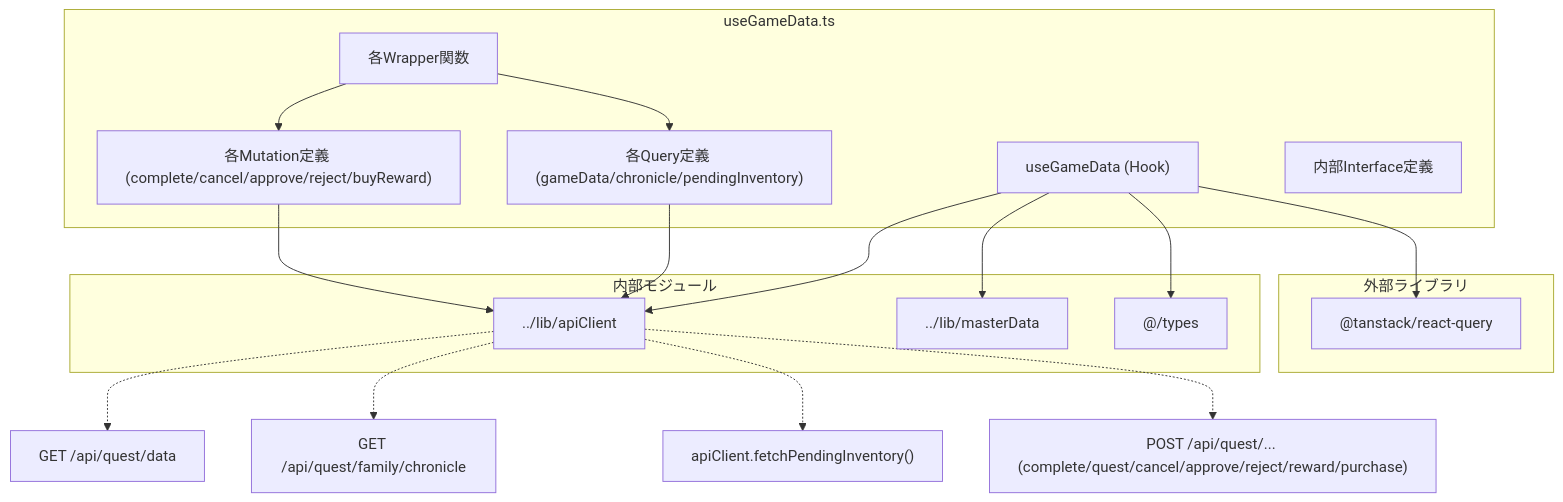
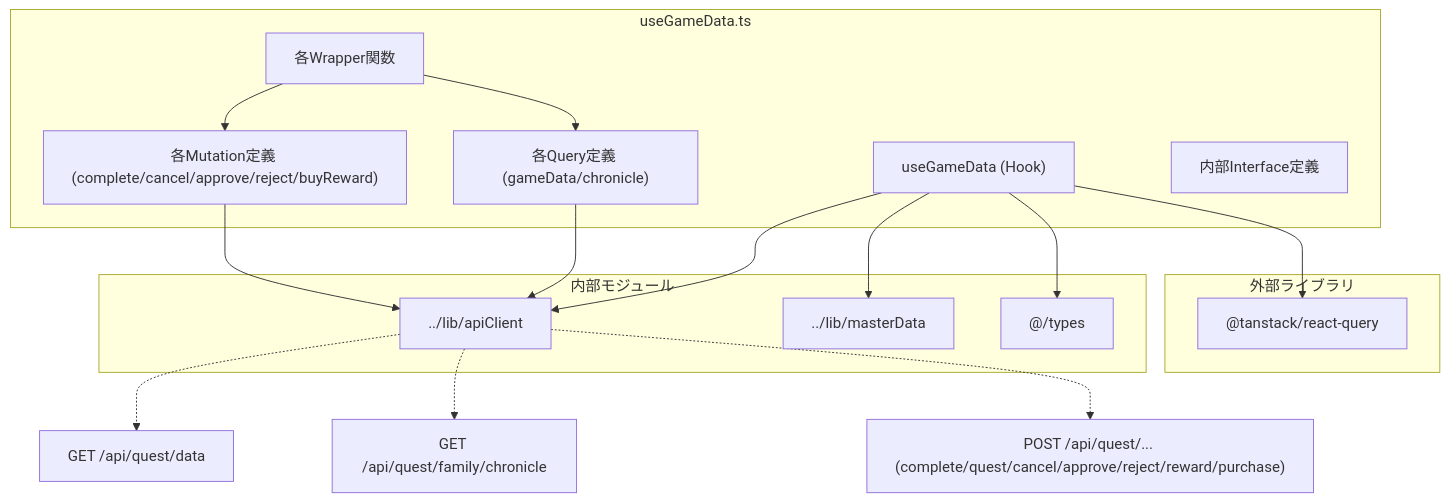
Before and after one commit to mmtigers/my_python_project: the second of 2 diagrams in docs/specifications/family-quest/src/hooks/useGameData.md, drawn with Mermaid. The commit also changed other lines of this file and 6 other files, not shown here.

````diff
--- a/docs/specifications/family-quest/src/hooks/useGameData.md
+++ b/docs/specifications/family-quest/src/hooks/useGameData.md
@@ -237,34 +238,33 @@
 ```mermaid
 graph TD
     subgraph "useGameData.ts"
         Hook_useGameData["useGameData (Hook)"]
-        Queries["各Query定義 (gameData/chronicle/pendingInventory)"]
+        Queries["各Query定義 (gameData/chronicle)"]
         Mutations["各Mutation定義 (complete/cancel/approve/reject/buyReward)"]
         Wrappers["各Wrapper関数"]
         Types["内部Interface定義"]
     end
 
     subgraph "外部ライブラリ"
         ReactQuery["@tanstack/react-query"]
     end
 
     subgraph "内部モジュール"
         APIClient["../lib/apiClient"]
         MasterData["../lib/masterData"]
         AppTypes["@/types"]
     end
 
     Hook_useGameData --> ReactQuery
     Hook_useGameData --> APIClient
     Hook_useGameData --> MasterData
     Hook_useGameData --> AppTypes
     Queries --> APIClient
     Mutations --> APIClient
     Wrappers --> Mutations
     Wrappers --> Queries
 
     APIClient -.-> Endpoint_Data["GET /api/quest/data"]
     APIClient -.-> Endpoint_Chronicle["GET /api/quest/family/chronicle"]
-    APIClient -.-> Endpoint_Pending["apiClient.fetchPendingInventory()"]
     APIClient -.-> Endpoint_Mutations["POST /api/quest/... (complete/quest/cancel/approve/reject/reward/purchase)"]
 ```
````
